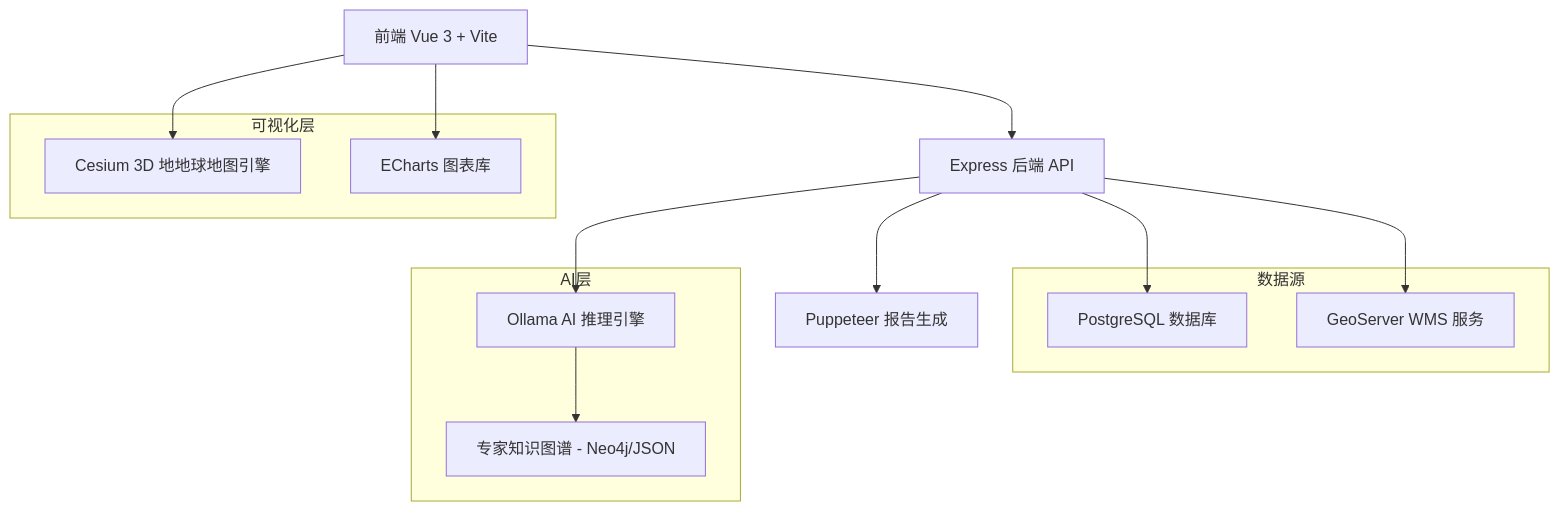
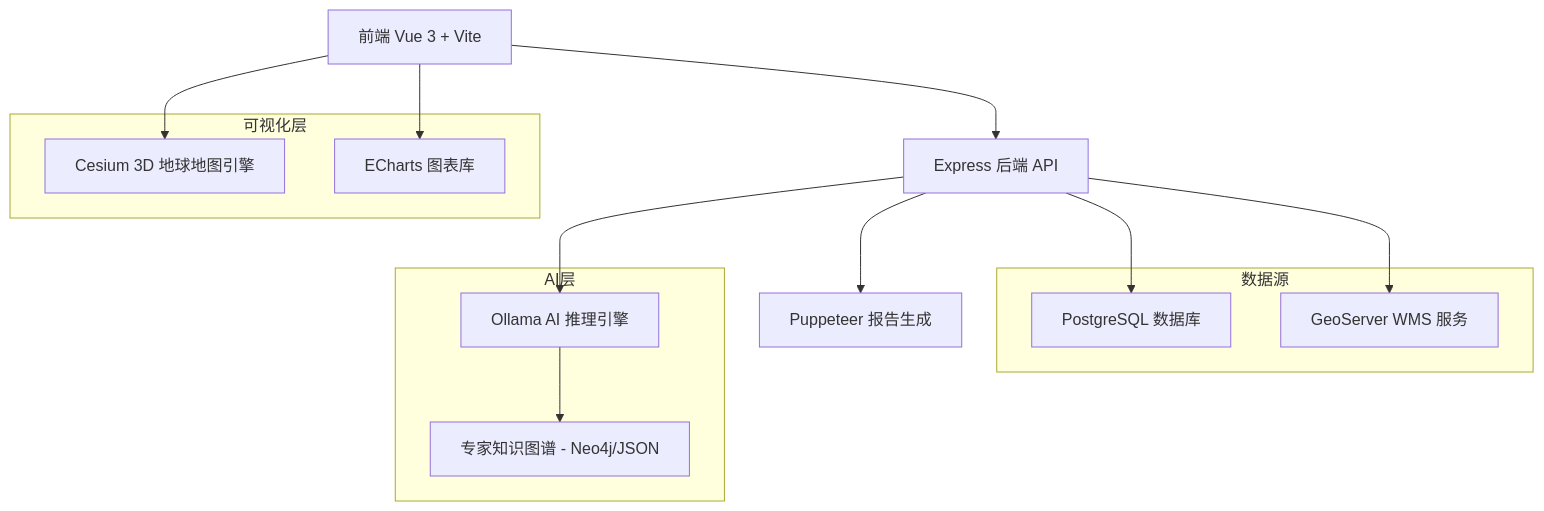
Before and after one commit to Regenerate334/www.yunnanlucc.xyz: the first of 2 diagrams in README.md, drawn with Mermaid. The commit also changed other lines of this file and 2 other files, not shown here.

````diff
--- a/README.md
+++ b/README.md
@@ -36,26 +36,26 @@
 ```mermaid
 graph TB
     A[前端 Vue 3 + Vite] --> B[Express 后端 API]
     B --> C[PostgreSQL 数据库]
-    A --> D[Cesium 3D 地地球地图引擎]
+    A --> D[Cesium 3D 地球地图引擎]
     A --> E[ECharts 图表库]
     B --> F[GeoServer WMS 服务]
     B --> G[Ollama AI 推理引擎]
     G --> H[专家知识图谱 - Neo4j/JSON]
     B --> I[Puppeteer 报告生成]
     
     subgraph 数据源
         C
         F
     end
     
     subgraph 可视化层
         D
         E
     end
     
     subgraph AI层
         G
         H
     end
 ```
````
